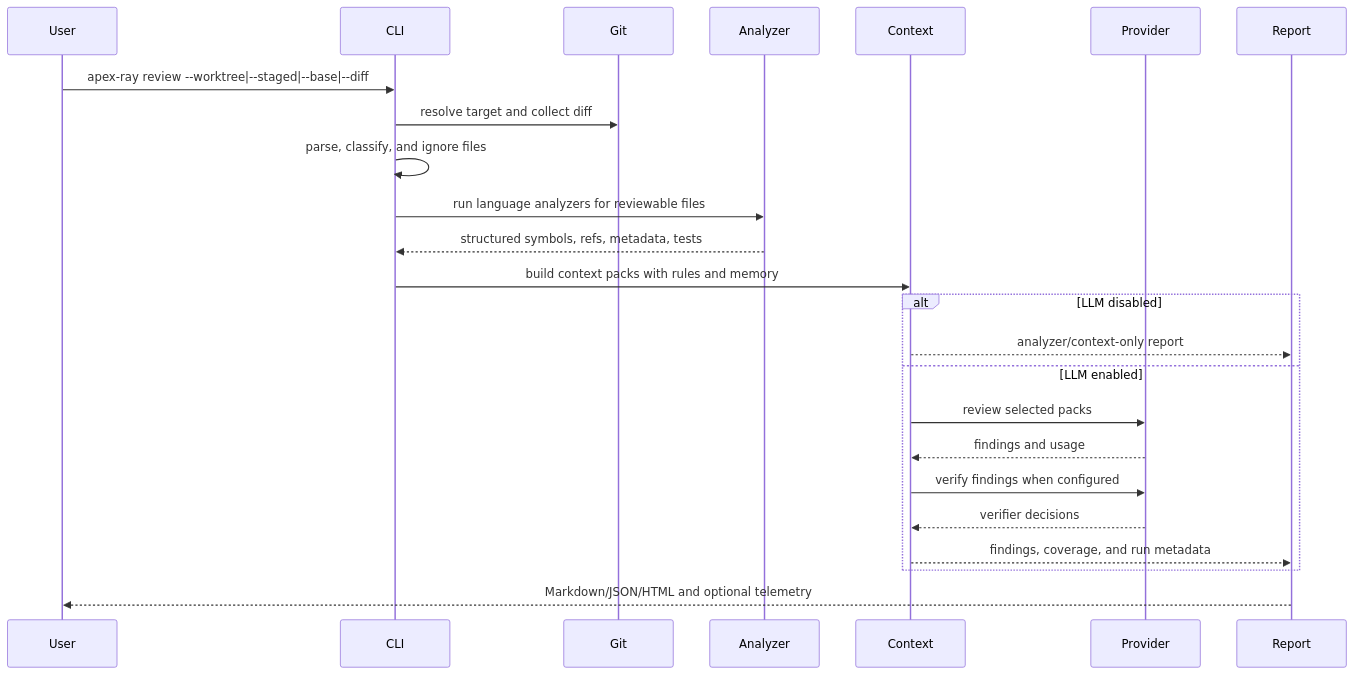
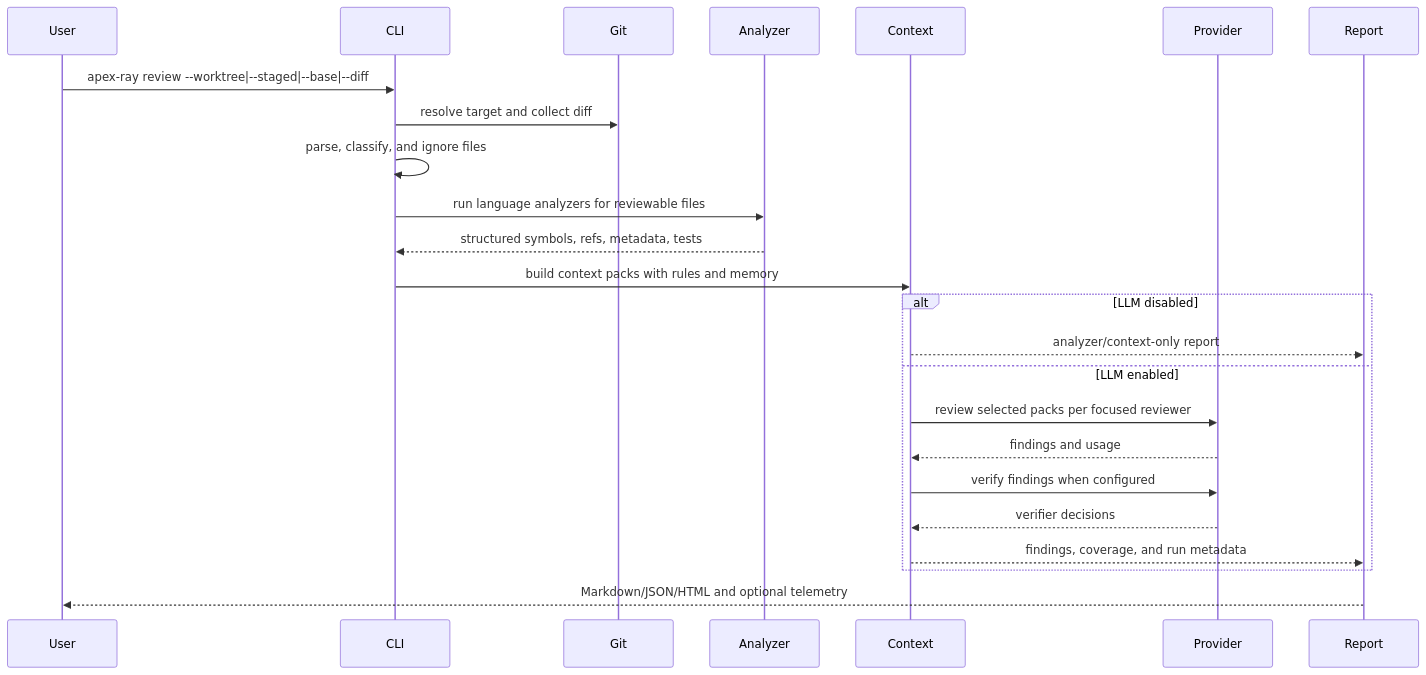
One commit to dobrotacreator/apex-ray changed the second of 3 diagrams in docs/architecture.md. Above: the diagram before and after it, drawn with Mermaid. The commit also changed other lines of this file and 92 other files, not shown here.

````diff
--- a/docs/architecture.md
+++ b/docs/architecture.md
@@ -156,27 +171,27 @@
 ```mermaid
 sequenceDiagram
   participant User
   participant CLI
   participant Git
   participant Analyzer
   participant Context
   participant Provider
   participant Report
 
   User->>CLI: apex-ray review --worktree|--staged|--base|--diff
   CLI->>Git: resolve target and collect diff
   CLI->>CLI: parse, classify, and ignore files
   CLI->>Analyzer: run language analyzers for reviewable files
   Analyzer-->>CLI: structured symbols, refs, metadata, tests
   CLI->>Context: build context packs with rules and memory
   alt LLM disabled
     Context-->>Report: analyzer/context-only report
   else LLM enabled
-    Context->>Provider: review selected packs
+    Context->>Provider: review selected packs per focused reviewer
     Provider-->>Context: findings and usage
     Context->>Provider: verify findings when configured
     Provider-->>Context: verifier decisions
     Context-->>Report: findings, coverage, and run metadata
   end
   Report-->>User: Markdown/JSON/HTML and optional telemetry
 ```
````
